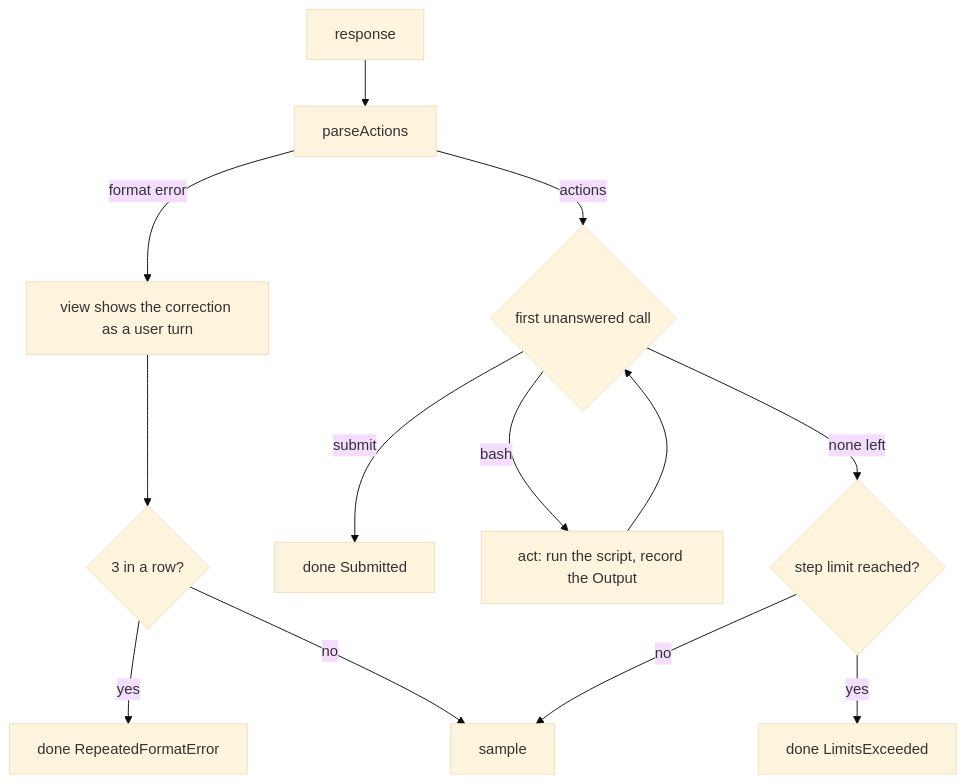
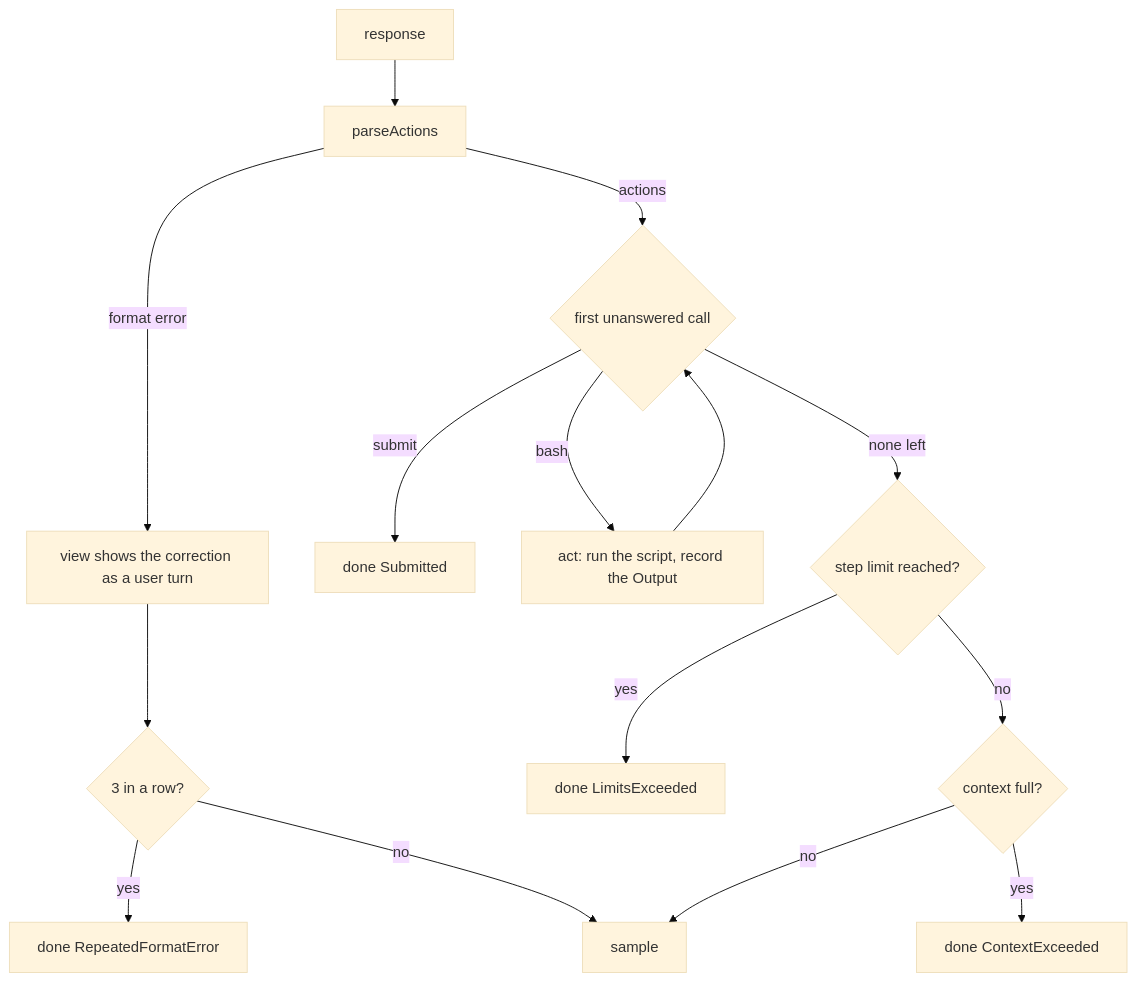
One commit to pku-xht/alaya changed the second of 2 diagrams in docs/miniswe.md. Above: the diagram before and after it, drawn with Mermaid (base theme). The commit also changed other lines of this file and 11 other files, not shown here.

First line of the commit message:
End a run cleanly when its context is full, and mask old outputs in blocks

````diff
--- a/docs/miniswe.md
+++ b/docs/miniswe.md
@@ -145,15 +148,17 @@
 ```mermaid
 flowchart TD
   R["response"] --> P["parseActions"]
   P -->|"format error"| F["view shows the correction as a user turn"]
   F --> N1{"3 in a row?"}
   N1 -->|yes| D1["done RepeatedFormatError"]
   N1 -->|no| S["sample"]
   P -->|"actions"| A{"first unanswered call"}
   A -->|"submit"| D2["done Submitted"]
   A -->|"bash"| X["act: run the script, record the Output"]
   X --> A
   A -->|"none left"| L{"step limit reached?"}
   L -->|yes| D3["done LimitsExceeded"]
-  L -->|no| S
+  L -->|no| C{"context full?"}
+  C -->|yes| D4["done ContextExceeded"]
+  C -->|no| S
 ```
````
